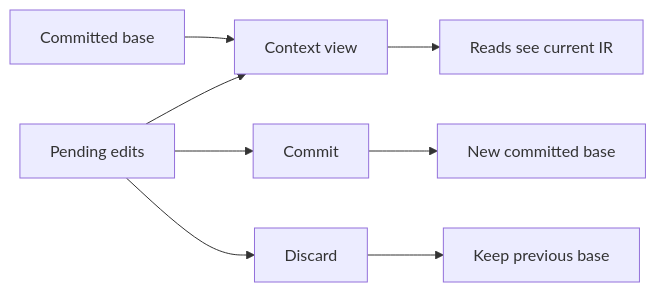
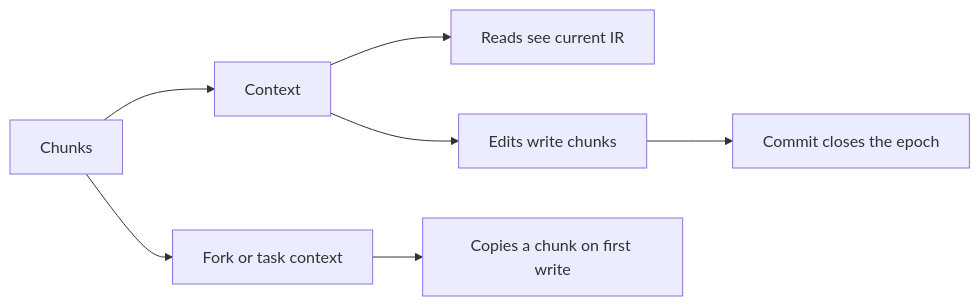
One commit to alexbatashev/tir changed the fourth of 4 diagrams in docs/design/core_ir.md. Above: the diagram before and after it, drawn with Mermaid. The commit also changed other lines of this file and 258 other files, not shown here.

````diff
--- a/docs/design/core_ir.md
+++ b/docs/design/core_ir.md
@@ -284,10 +321,9 @@
 ```mermaid
 flowchart LR
-	B[Committed base] --> V[Context view]
-	E[Pending edits] --> V
+	C[Chunks] --> V[Context]
 	V --> Read[Reads see current IR]
-	E --> Commit[Commit]
-	Commit --> Next[New committed base]
-	E --> Discard[Discard]
-	Discard --> Old[Keep previous base]
+	V --> Edit[Edits write chunks]
+	Edit --> Commit[Commit closes the epoch]
+	C --> F[Fork or task context]
+	F --> Copy[Copies a chunk on first write]
 ```
````
